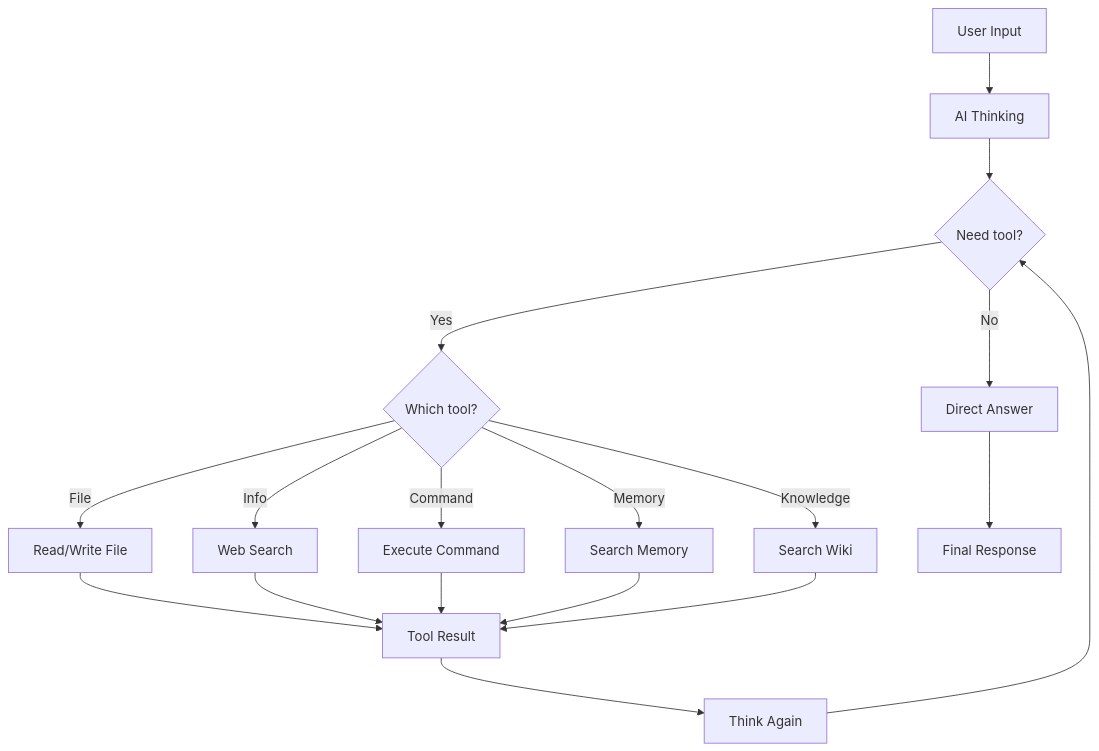
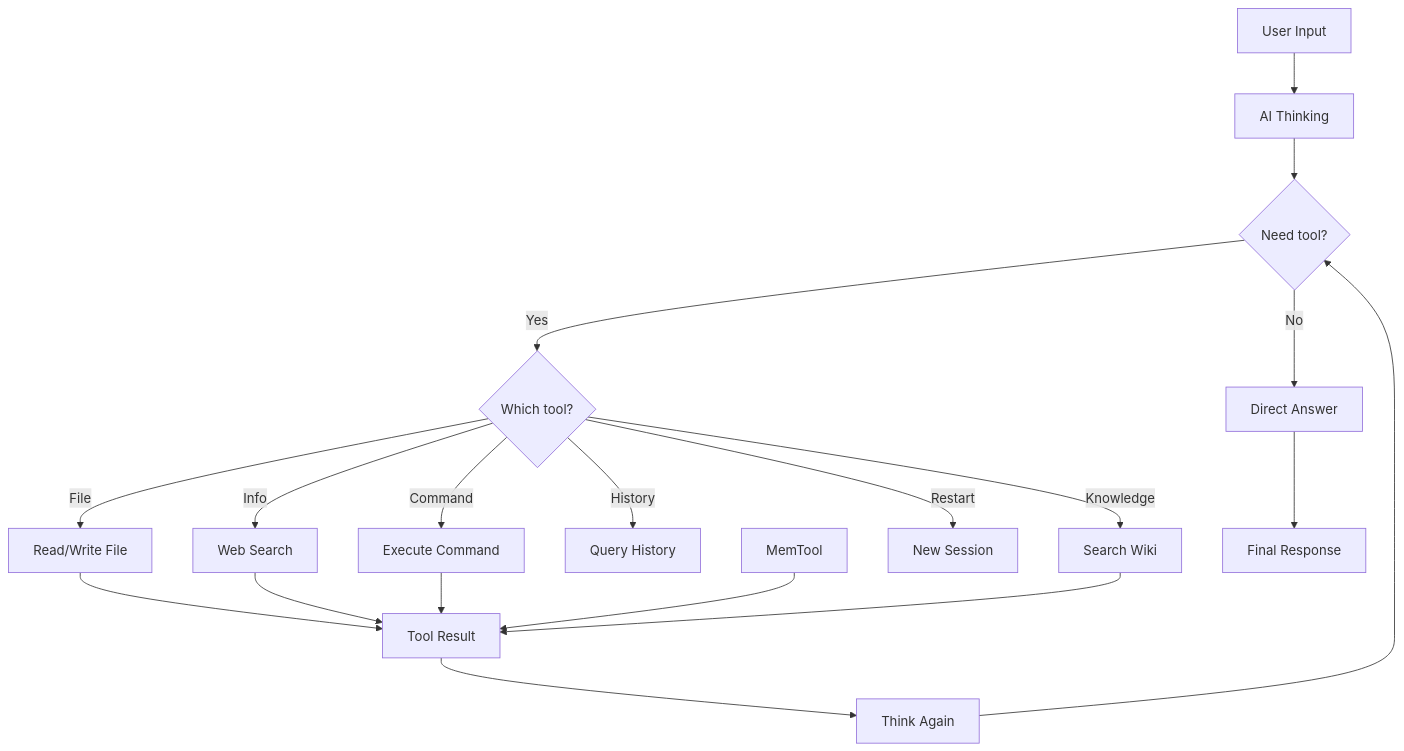
One commit to yeheng/nanobot-rs changed the tenth of 14 diagrams in docs/tools-en.md. Above: the diagram before and after it, drawn with Mermaid. The commit also changed other lines of this file and 10 other files, not shown here.

Commit message:
feat(docs): 全面更新文档以反映 v2.1 配置、工具及子代理架构变更 - 更新配置文档：新增环境变量引用、api_base 字段、Anthropic/Gemini 提供商、模型 Profile 配置及新选项 - 重构工具文档：替换 Memory 工具为 History Query 工具、新增会话管理及消息工具、新增工具审批系统说明 - 更新子代理文档：新增模型选择参数、并行执行限制、WebSocket 流式事件类型及超时配置 - 更新会话文档：新增工具审批流程 Mermaid 图及说明 - 精简部署与 FAQ 文档：日志配置改为环境变量方式、移除过时配置项

````diff
--- a/docs/tools-en.md
+++ b/docs/tools-en.md
@@ -272,26 +257,27 @@
 ```mermaid
 flowchart TB
     Input["User Input"] --> Think["AI Thinking"]
 
     Think --> Decision{"Need tool?"}
 
     Decision -->|Yes| Which{"Which tool?"}
     Decision -->|No| Direct["Direct Answer"]
 
     Which -->|File| FileTool["Read/Write File"]
     Which -->|Info| WebTool["Web Search"]
     Which -->|Command| ExecTool["Execute Command"]
-    Which -->|Memory| MemTool["Search Memory"]
+    Which -->|History| HistTool["Query History"]
     Which -->|Knowledge| WikiTool["Search Wiki"]
+    Which -->|Restart| SessTool["New Session"]
 
     FileTool --> Result["Tool Result"]
     WebTool --> Result
     ExecTool --> Result
     MemTool --> Result
     WikiTool --> Result
 
     Result --> ThinkAgain["Think Again"]
     ThinkAgain --> Decision
 
     Direct --> Output["Final Response"]
 ```
````
